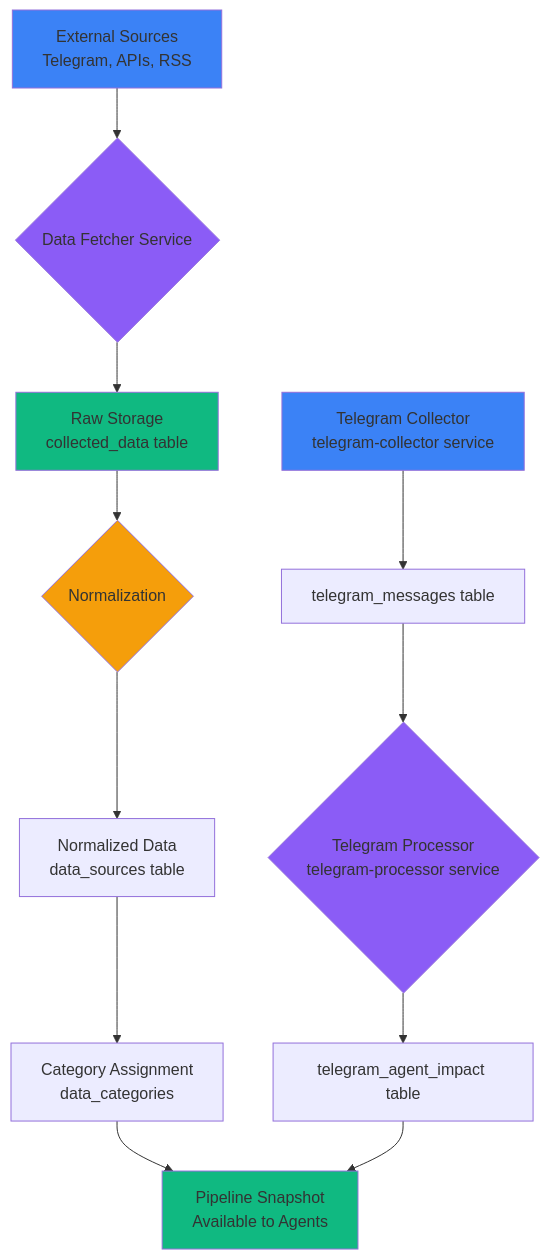
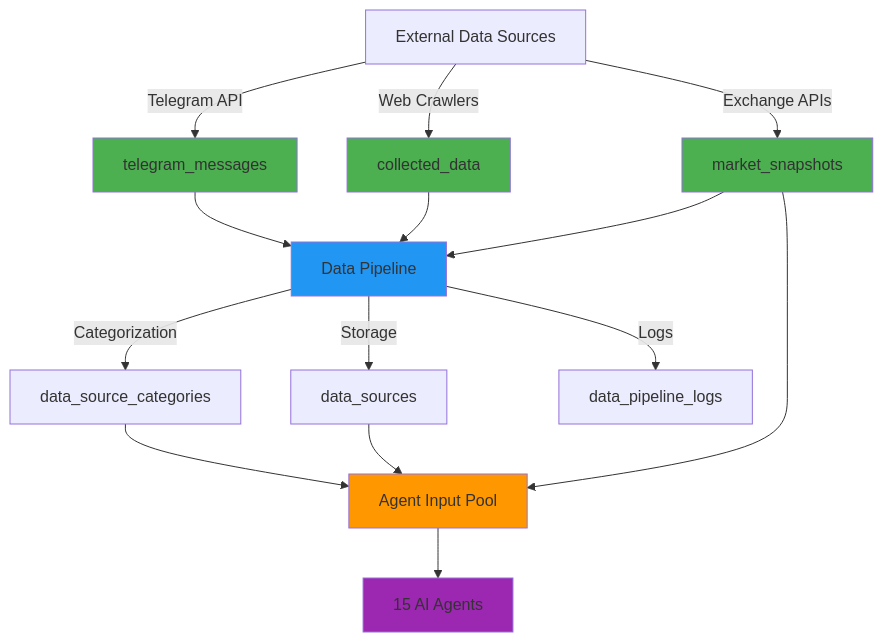
Before and after one commit to sepehrraeisi/TitanGold: the first of 5 diagrams in docs/Titan_AI_SSoT.md, drawn with Mermaid. The commit also changed other lines of this file, not shown here.

First line of the commit message:
docs: Add comprehensive Titan AI Single Source of Truth (v2.0)

````diff
--- a/docs/Titan_AI_SSoT.md
+++ b/docs/Titan_AI_SSoT.md
@@ -673,22 +434,27 @@
 ```mermaid
-flowchart TD
-    A[External Sources<br/>Telegram, APIs, RSS] --> B{Data Fetcher Service}
-    B --> C[Raw Storage<br/>collected_data table]
-    C --> D{Normalization}
-    D --> E[Normalized Data<br/>data_sources table]
-    E --> F[Category Assignment<br/>data_categories]
-    F --> G[Pipeline Snapshot<br/>Available to Agents]
+graph TD
+    A[External Data Sources] -->|Telegram API| B[telegram_messages]
+    A -->|Web Crawlers| C[collected_data]
+    A -->|Exchange APIs| D[market_snapshots]
     
-    T1[Telegram Collector<br/>telegram-collector service] --> T2[telegram_messages table]
-    T2 --> T3{Telegram Processor<br/>telegram-processor service}
-    T3 --> T4[telegram_agent_impact table]
-    T4 --> G
+    B --> E[Data Pipeline]
+    C --> E
+    D --> E
     
-    style A fill:#3b82f6
-    style B fill:#8b5cf6
-    style C fill:#10b981
-    style D fill:#f59e0b
-    style G fill:#10b981
-    style T1 fill:#3b82f6
-    style T3 fill:#8b5cf6
+    E -->|Categorization| F[data_source_categories]
+    E -->|Storage| G[data_sources]
+    E -->|Logs| H[data_pipeline_logs]
+    
+    F --> I[Agent Input Pool]
+    G --> I
+    D --> I
+    
+    I --> J[15 AI Agents]
+    
+    style B fill:#4CAF50
+    style C fill:#4CAF50
+    style D fill:#4CAF50
+    style E fill:#2196F3
+    style I fill:#FF9800
+    style J fill:#9C27B0
 ```
````
